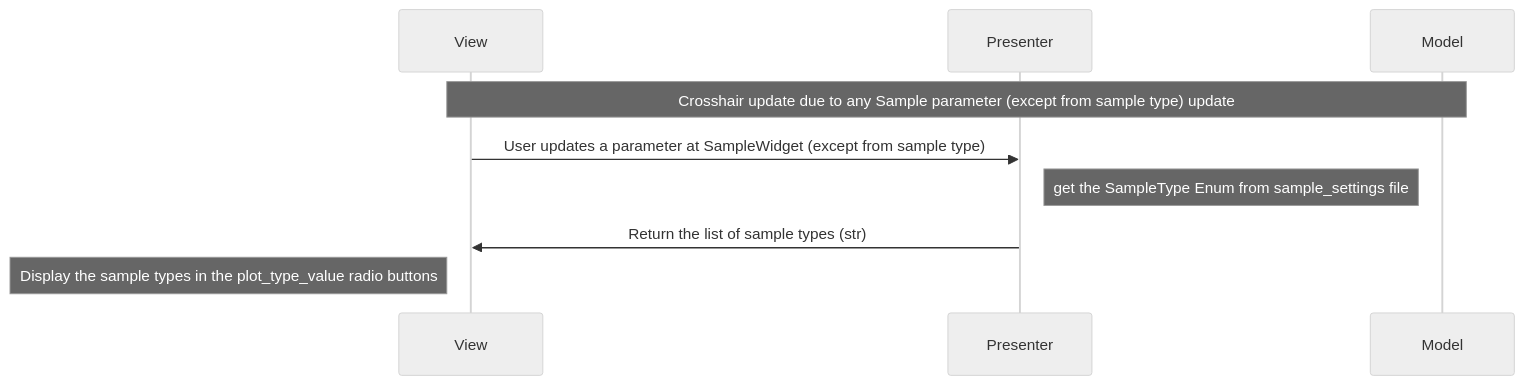
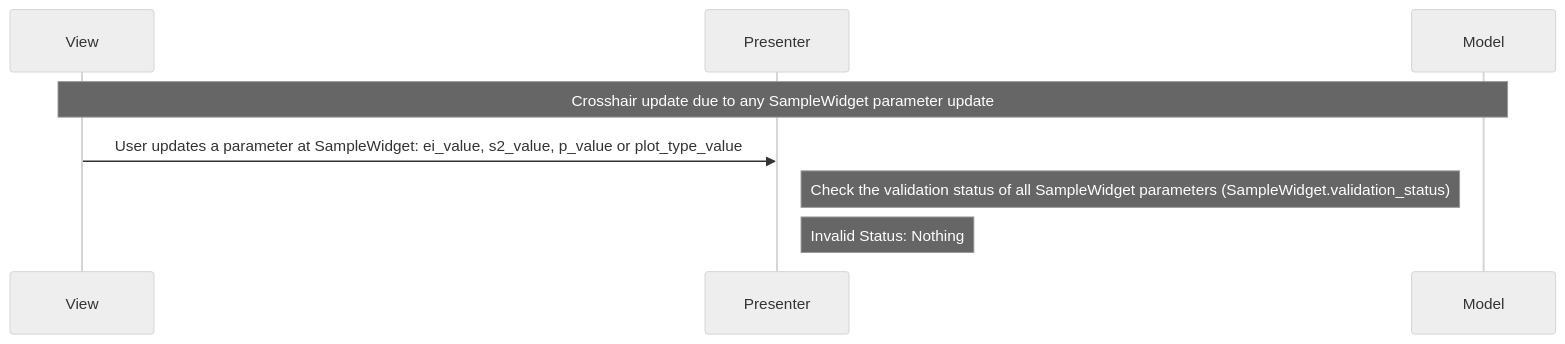
One commit to neutrons/hyspecppt changed the seventh of 13 diagrams in docs/source/design/hyspecpptclasses.rst. Above: the diagram before and after it, drawn with Mermaid (neutral theme). The commit also changed other lines of this file and 1 other file, not shown here.

```diff
--- a/docs/source/design/hyspecpptclasses.rst
+++ b/docs/source/design/hyspecpptclasses.rst
@@ -503,12 +507,11 @@
     .. mermaid::
 
         sequenceDiagram
             participant View
             participant Presenter
             participant Model
 
-            Note over View,Model: Crosshair update due to any Sample parameter (except from sample type) update
-            View->>Presenter: User updates a parameter at SampleWidget (except from sample type)
-            Note right of Presenter: get the SampleType Enum from sample_settings file
-            Presenter->>View: Return the list of sample types (str)
-            Note left of View: Display the sample types in the plot_type_value radio buttons
+            Note over View,Model: Crosshair update due to any SampleWidget parameter update
+            View->>Presenter: User updates a parameter at SampleWidget: ei_value, s2_value, p_value or plot_type_value
+            Note right of Presenter: Check the validation status of all SampleWidget parameters (SampleWidget.validation_status)
+            Note right of Presenter: Invalid Status: Nothing
```
